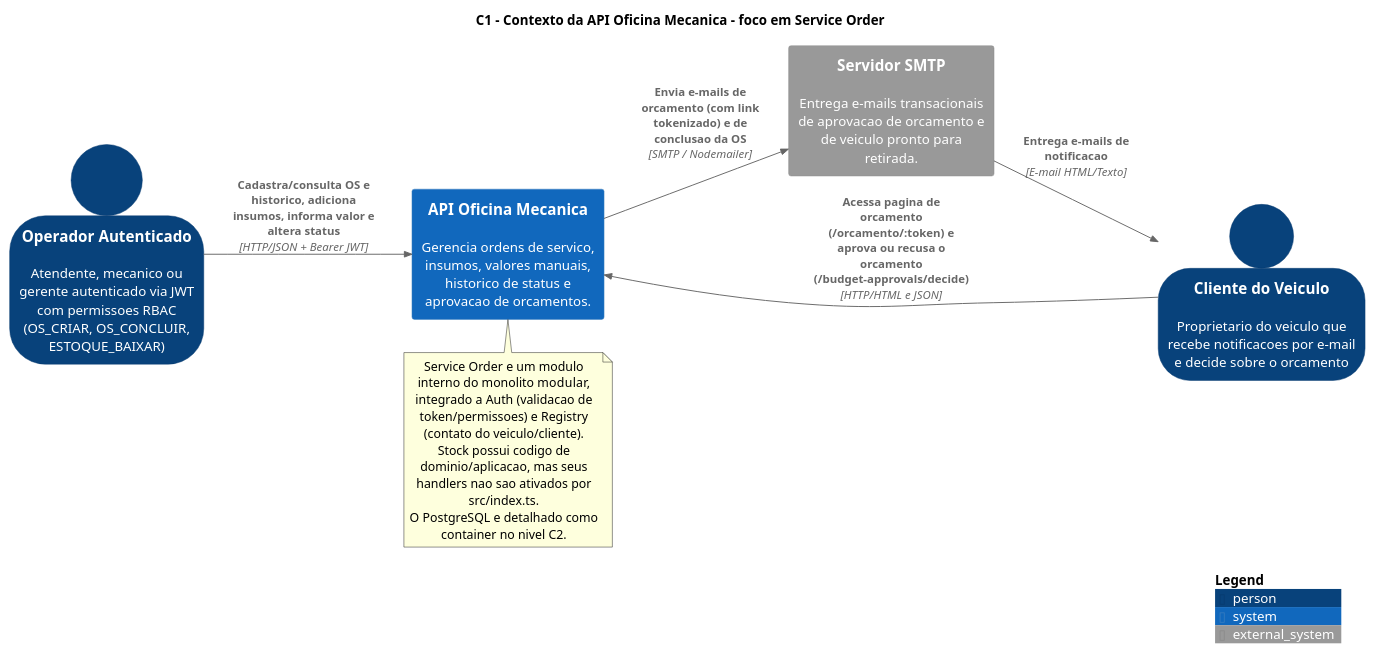
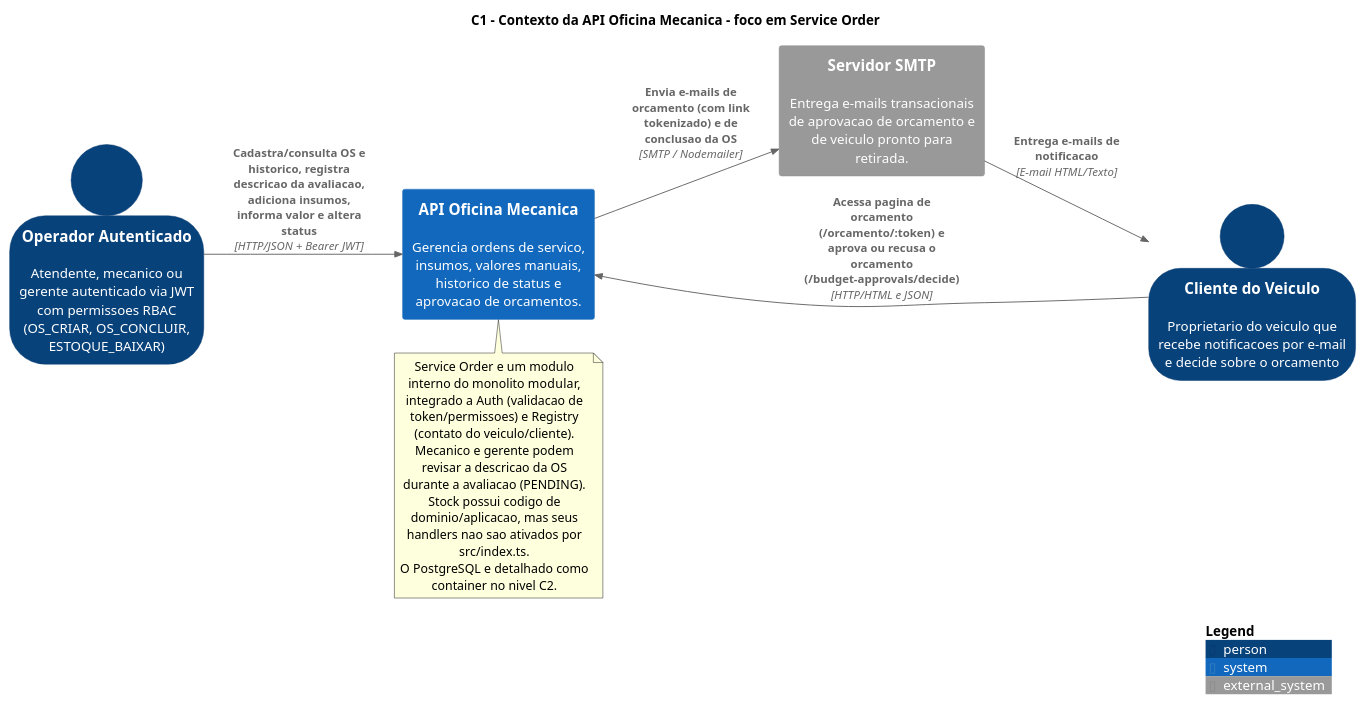
One commit to 15soat-fiap-45/api.mecanica changed the diagram in docs/plantuml/c4-service-order-context.puml. Above: the diagram before and after it, drawn with PlantUML. The commit also changed 21 other files, not shown here.

```diff
--- a/docs/plantuml/c4-service-order-context.puml
+++ b/docs/plantuml/c4-service-order-context.puml
@@ -1,24 +1,25 @@
 @startuml service_order_c1_context
 !include https://raw.githubusercontent.com/plantuml-stdlib/C4-PlantUML/master/C4_Context.puml
 title C1 - Contexto da API Oficina Mecanica - foco em Service Order
 LAYOUT_LEFT_RIGHT()
 SHOW_PERSON_OUTLINE()
 
 Person(operator, "Operador Autenticado", "Atendente, mecanico ou gerente autenticado via JWT com permissoes RBAC (OS_CRIAR, OS_CONCLUIR, ESTOQUE_BAIXAR)")
 Person(customer, "Cliente do Veiculo", "Proprietario do veiculo que recebe notificacoes por e-mail e decide sobre o orcamento")
 System(workshop, "API Oficina Mecanica", "Gerencia ordens de servico, insumos, valores manuais, historico de status e aprovacao de orcamentos.")
 System_Ext(smtp, "Servidor SMTP", "Entrega e-mails transacionais de aprovacao de orcamento e de veiculo pronto para retirada.")
 
-Rel(operator, workshop, "Cadastra/consulta OS e historico, adiciona insumos, informa valor e altera status", "HTTP/JSON + Bearer JWT")
+Rel(operator, workshop, "Cadastra/consulta OS e historico, registra descricao da avaliacao, adiciona insumos, informa valor e altera status", "HTTP/JSON + Bearer JWT")
 Rel(workshop, smtp, "Envia e-mails de orcamento (com link tokenizado) e de conclusao da OS", "SMTP / Nodemailer")
 Rel(smtp, customer, "Entrega e-mails de notificacao", "E-mail HTML/Texto")
 Rel(customer, workshop, "Acessa pagina de orcamento (/orcamento/:token) e aprova ou recusa o orcamento (/budget-approvals/decide)", "HTTP/HTML e JSON")
 
 note bottom of workshop
   Service Order e um modulo interno do monolito modular,
   integrado a Auth (validacao de token/permissoes) e Registry (contato do veiculo/cliente).
+  Mecanico e gerente podem revisar a descricao da OS durante a avaliacao (PENDING).
   Stock possui codigo de dominio/aplicacao, mas seus handlers nao sao ativados por src/index.ts.
   O PostgreSQL e detalhado como container no nivel C2.
 end note
 SHOW_LEGEND()
 @enduml
```
